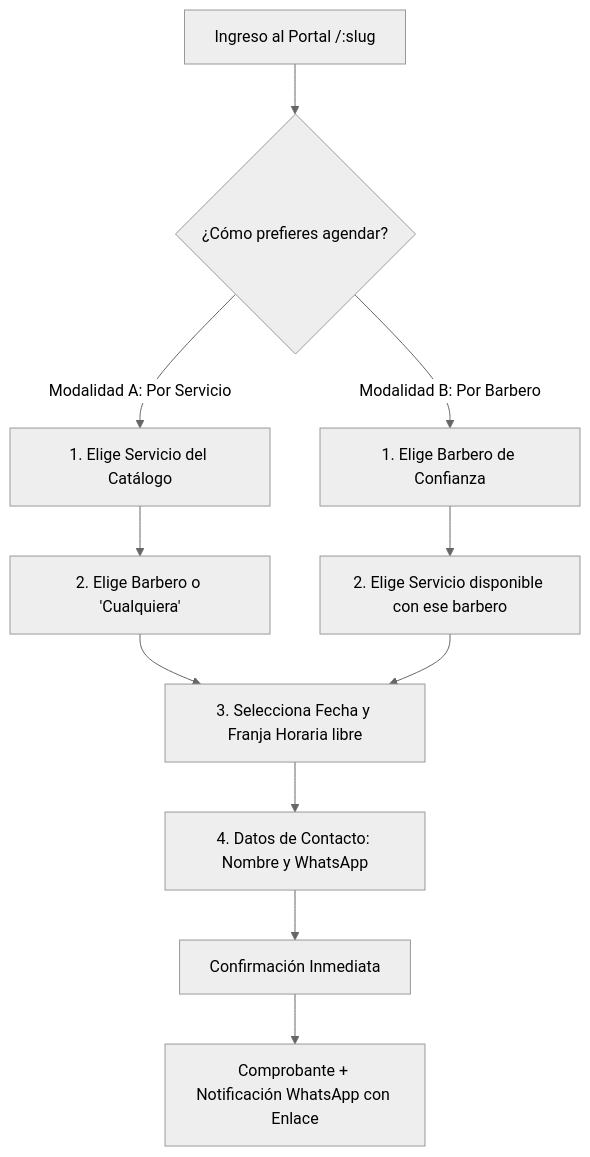
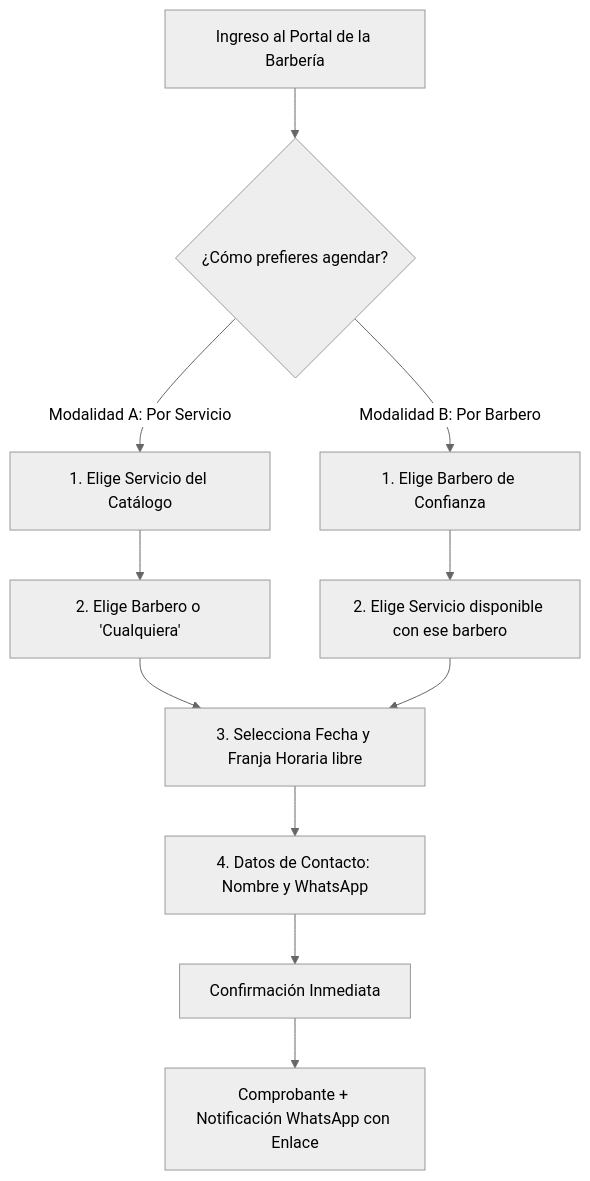
The second of 5 diagrams in docs/MANUAL_DE_USUARIO.md (dfelipe7/Barberia-Backend), drawn with Mermaid (neutral theme) before and after one commit. The commit also changed other lines of this file and 16 other files, not shown here.

````diff
--- a/docs/MANUAL_DE_USUARIO.md
+++ b/docs/MANUAL_DE_USUARIO.md
@@ -166,17 +165,17 @@
 ```mermaid
 flowchart TD
-    Inicio["Ingreso al Portal /:slug"] --> Decision{"¿Cómo prefieres agendar?"}
+    Inicio["Ingreso al Portal de la Barbería"] --> Decision{"¿Cómo prefieres agendar?"}
     
     Decision -->|Modalidad A: Por Servicio| Serv["1. Elige Servicio del Catálogo"]
     Serv --> BarbA["2. Elige Barbero o 'Cualquiera'"]
     
     Decision -->|Modalidad B: Por Barbero| BarbB["1. Elige Barbero de Confianza"]
     BarbB --> ServB["2. Elige Servicio disponible con ese barbero"]
     
     BarbA --> Agenda["3. Selecciona Fecha y Franja Horaria libre"]
     ServB --> Agenda
     
     Agenda --> Datos["4. Datos de Contacto: Nombre y WhatsApp"]
     Datos --> Confirmado["Confirmación Inmediata"]
     Confirmado --> Whats["Comprobante + Notificación WhatsApp con Enlace"]
 ```
````
